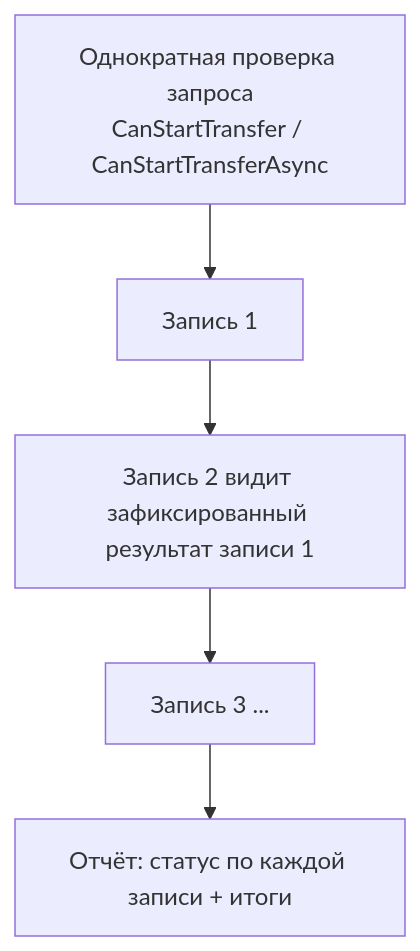
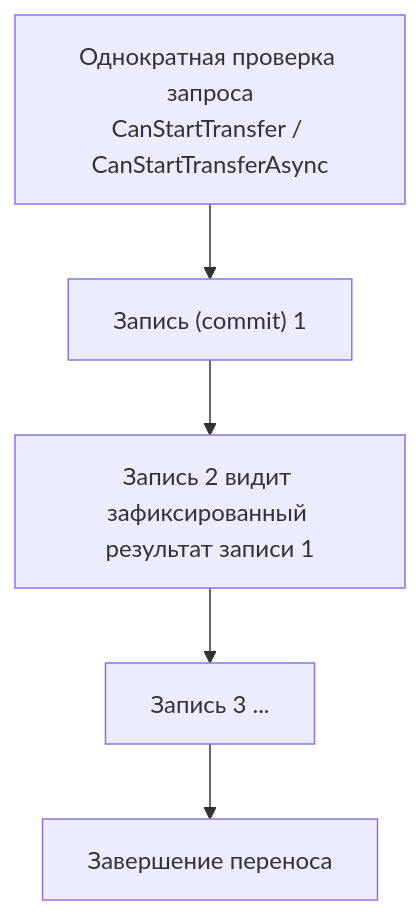
Before and after one commit to SergeevSergey99/DragAndDropSystem-Docs: the second of 2 diagrams in .docs/content/architecture/transfer-pipeline.ru.md, drawn with Mermaid. The commit also changed other lines of this file and 9 other files, not shown here.

````diff
--- a/.docs/content/architecture/transfer-pipeline.ru.md
+++ b/.docs/content/architecture/transfer-pipeline.ru.md
@@ -183,7 +99,7 @@
 ```mermaid
 flowchart TD
-    A["Однократная проверка запроса<br/>CanStartTransfer / CanStartTransferAsync"] --> B["Запись 1"]
+    A["Однократная проверка запроса<br/>CanStartTransfer / CanStartTransferAsync"] --> B["Запись (commit) 1"]
     B --> C["Запись 2 видит зафиксированный результат записи 1"]
     C --> D["Запись 3 ..."]
-    D --> E["Отчёт: статус по каждой записи + итоги"]
+    D --> E["Завершение переноса"]
 ```
````
